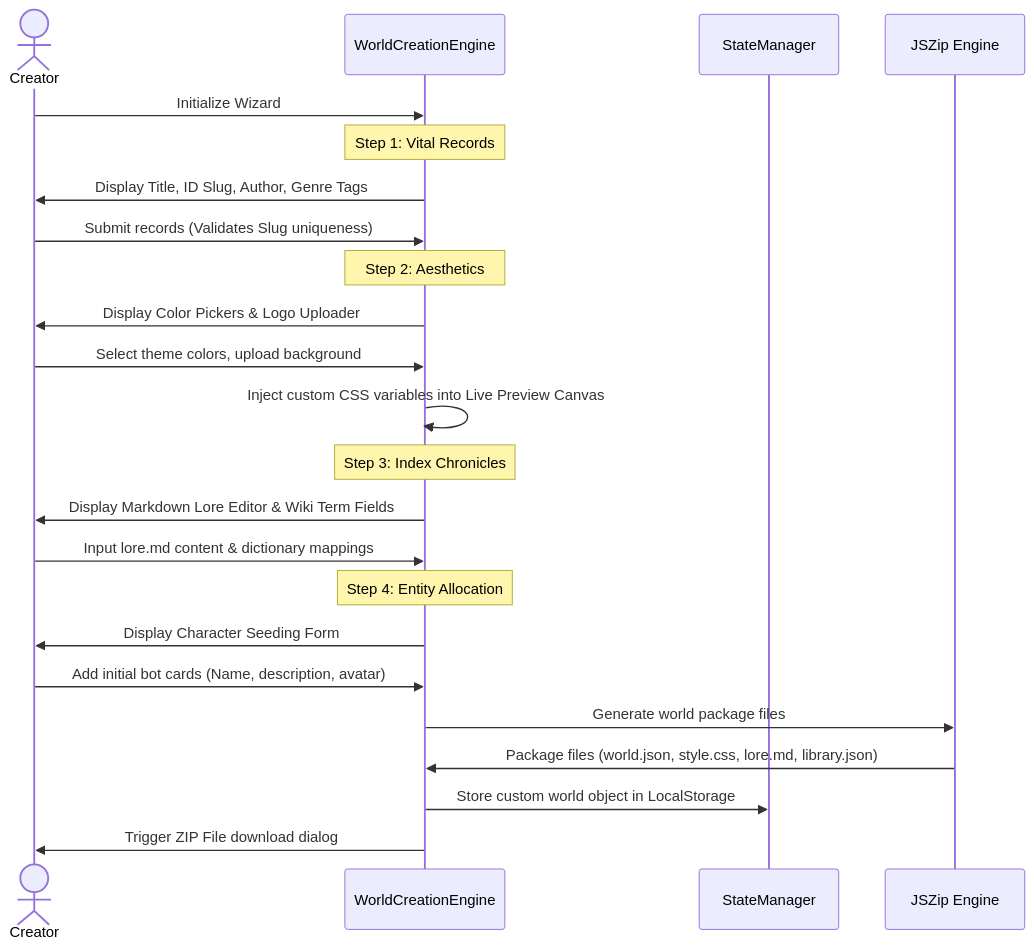
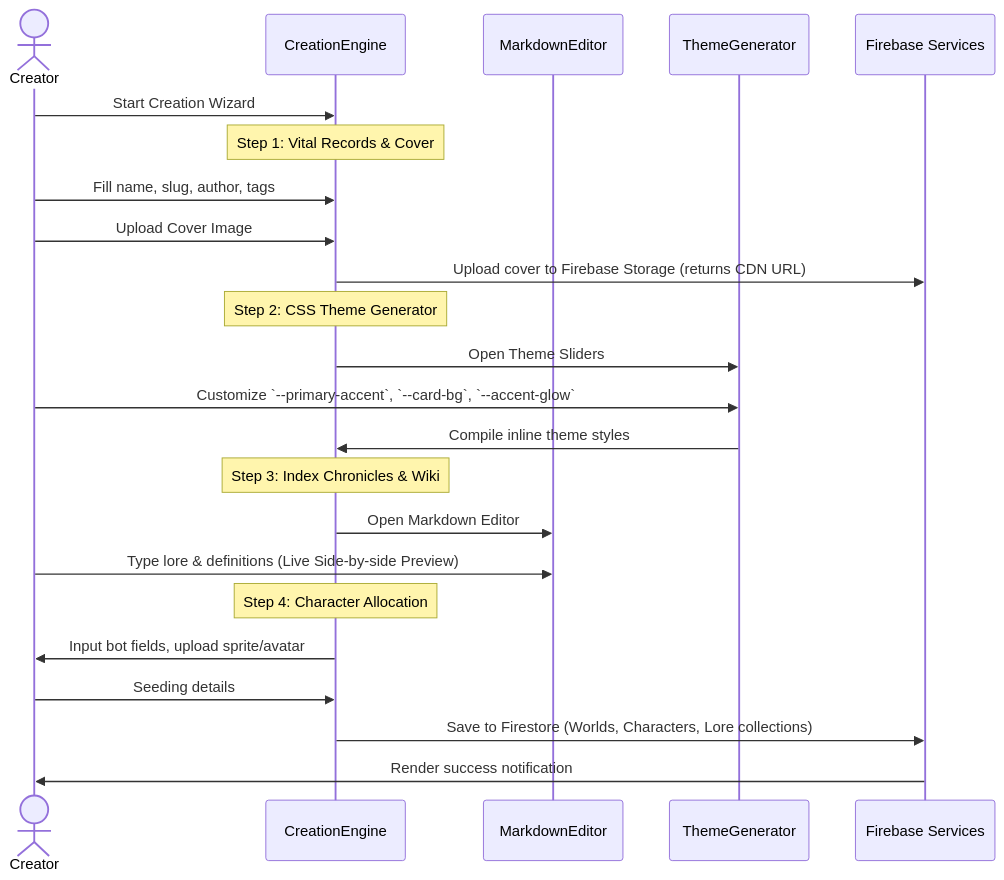
The second of 2 diagrams in SOFTWARE_REQUIREMENTS_DOCUMENT.md (minimumlogix/World-Nexus), drawn with Mermaid before and after one commit. The commit also changed other lines of this file, not shown here.

Commit message:
feat: migrate World-Nexus to Firebase Backend-as-a-Service for real-time cloud data synchronization and authentication

````diff
--- a/SOFTWARE_REQUIREMENTS_DOCUMENT.md
+++ b/SOFTWARE_REQUIREMENTS_DOCUMENT.md
@@ -229,30 +245,31 @@
 ```mermaid
 sequenceDiagram
     actor Creator
-    participant Wizard as WorldCreationEngine
-    participant Storage as StateManager
-    participant Zip as JSZip Engine
+    participant Wizard as CreationEngine
+    participant Editor as MarkdownEditor
+    participant ThemeGen as ThemeGenerator
+    participant FB as Firebase Services
 
-    Creator->>Wizard: Initialize Wizard
-    Note over Wizard: Step 1: Vital Records
-    Wizard->>Creator: Display Title, ID Slug, Author, Genre Tags
-    Creator->>Wizard: Submit records (Validates Slug uniqueness)
+    Creator->>Wizard: Start Creation Wizard
     
-    Note over Wizard: Step 2: Aesthetics
-    Wizard->>Creator: Display Color Pickers & Logo Uploader
-    Creator->>Wizard: Select theme colors, upload background
-    Wizard->>Wizard: Inject custom CSS variables into Live Preview Canvas
+    Note over Wizard: Step 1: Vital Records & Cover
+    Creator->>Wizard: Fill name, slug, author, tags
+    Creator->>Wizard: Upload Cover Image
+    Wizard->>FB: Upload cover to Firebase Storage (returns CDN URL)
     
-    Note over Wizard: Step 3: Index Chronicles
-    Wizard->>Creator: Display Markdown Lore Editor & Wiki Term Fields
-    Creator->>Wizard: Input lore.md content & dictionary mappings
+    Note over Wizard: Step 2: CSS Theme Generator
+    Wizard->>ThemeGen: Open Theme Sliders
+    Creator->>ThemeGen: Customize `--primary-accent`, `--card-bg`, `--accent-glow`
+    ThemeGen->>Wizard: Compile inline theme styles
     
-    Note over Wizard: Step 4: Entity Allocation
-    Wizard->>Creator: Display Character Seeding Form
-    Creator->>Wizard: Add initial bot cards (Name, description, avatar)
+    Note over Wizard: Step 3: Index Chronicles & Wiki
+    Wizard->>Editor: Open Markdown Editor
+    Creator->>Editor: Type lore & definitions (Live Side-by-side Preview)
     
-    Wizard->>Zip: Generate world package files
-    Zip->>Wizard: Package files (world.json, style.css, lore.md, library.json)
-    Wizard->>Storage: Store custom world object in LocalStorage
-    Wizard->>Creator: Trigger ZIP File download dialog
+    Note over Wizard: Step 4: Character Allocation
+    Wizard->>Creator: Input bot fields, upload sprite/avatar
+    Creator->>Wizard: Seeding details
+    
+    Wizard->>FB: Save to Firestore (Worlds, Characters, Lore collections)
+    FB->>Creator: Render success notification
 ```
````
